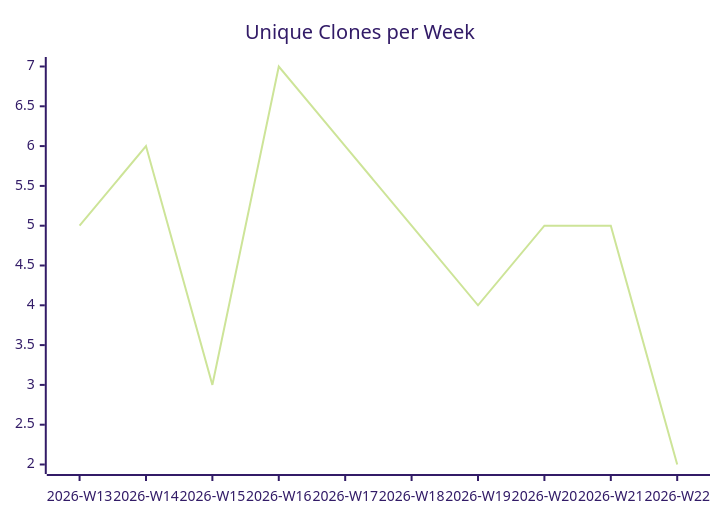
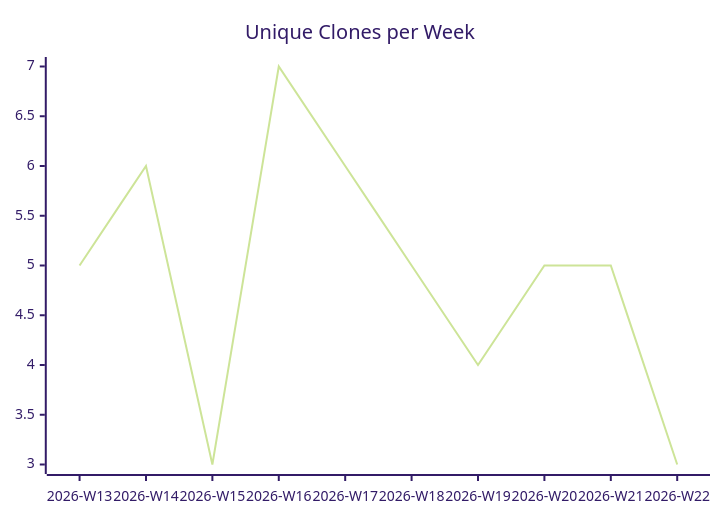
Before and after one commit to justdavis-family/github-analytics-data: the third of 3 diagrams in karlmdavis/kxml2/README.md, drawn with Mermaid (forest theme). The commit also changed other lines of this file and 188 other files, not shown here.

````diff
--- a/karlmdavis/kxml2/README.md
+++ b/karlmdavis/kxml2/README.md
@@ -19,6 +19,6 @@
 ```mermaid
 xychart-beta
   title "Unique Clones per Week"
   x-axis ["2026-W13", "2026-W14", "2026-W15", "2026-W16", "2026-W17", "2026-W18", "2026-W19", "2026-W20", "2026-W21", "2026-W22"]
-  line [5, 6, 3, 7, 6, 5, 4, 5, 5, 2]
+  line [5, 6, 3, 7, 6, 5, 4, 5, 5, 3]
 ```
````
